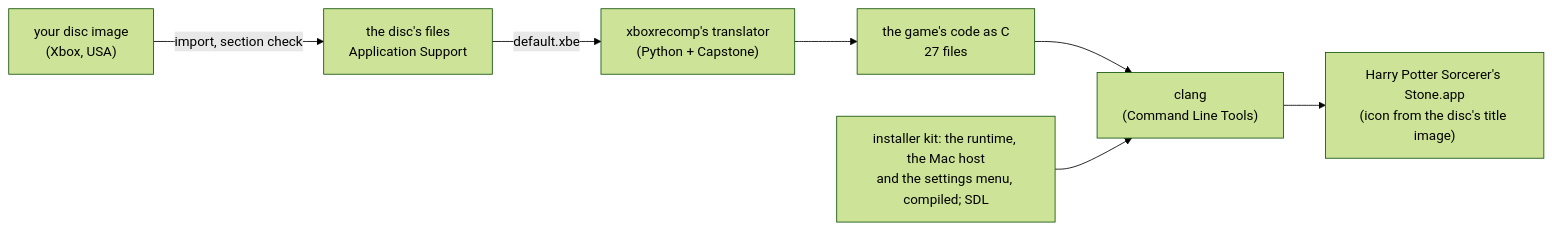
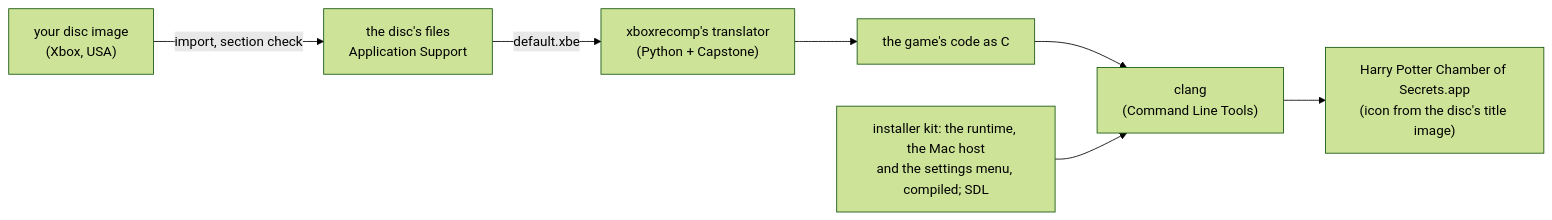
One commit to sanyokkua/hpcos-xbox-port changed the first of 2 diagrams in README.md. Above: the diagram before and after it, drawn with Mermaid (forest theme). The commit also changed other lines of this file and 13 other files, not shown here.

Commit message:
Docs for Chamber of Secrets: README, PORTING, CHANGELOG, notices, licences, screenshots

````diff
--- a/README.md
+++ b/README.md
@@ -172,9 +178,9 @@
 ```mermaid
 flowchart LR
     ISO["your disc image<br/>(Xbox, USA)"] -->|"import, section check"| GAME["the disc's files<br/>Application Support"]
     GAME -->|"default.xbe"| LIFT["xboxrecomp's translator<br/>(Python + Capstone)"]
-    LIFT --> C["the game's code as C<br/>27 files"]
+    LIFT --> C["the game's code as C"]
     C --> CLANG["clang<br/>(Command Line Tools)"]
     KIT["installer kit: the runtime, the Mac host<br/>and the settings menu, compiled; SDL"] --> CLANG
-    CLANG --> APP["Harry Potter Sorcerer's Stone.app<br/>(icon from the disc's title image)"]
+    CLANG --> APP["Harry Potter Chamber of Secrets.app<br/>(icon from the disc's title image)"]
 ```
````
